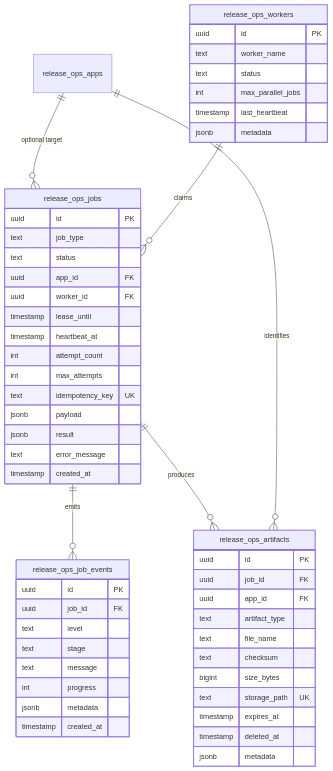
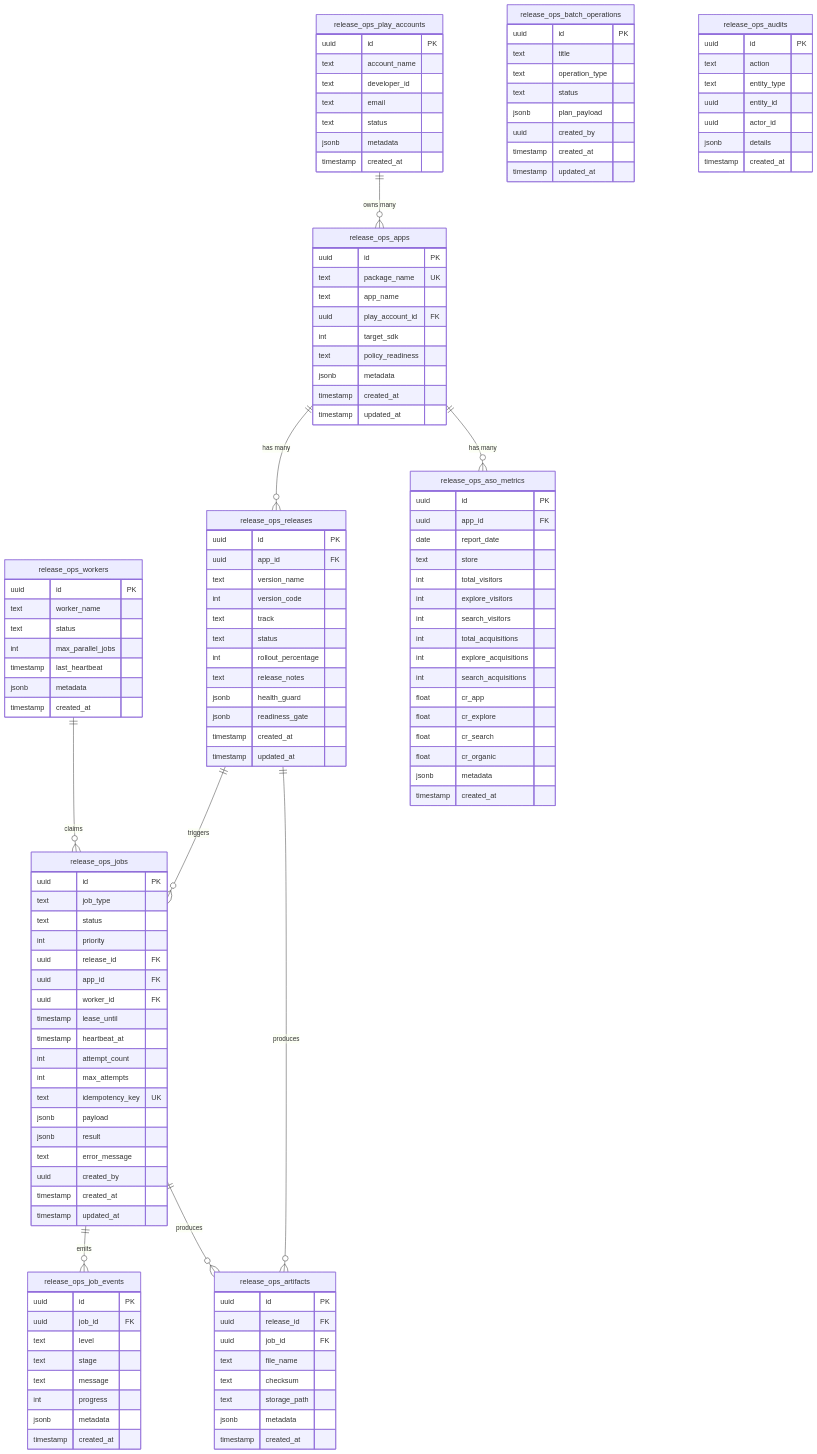
Before and after one commit to daclong120-del/app-relay: the sixth of 11 diagrams in ARCHITECTURE_MASTER.md, drawn with Mermaid. The commit also changed other lines of this file and 16 other files, not shown here.

````diff
--- a/ARCHITECTURE_MASTER.md
+++ b/ARCHITECTURE_MASTER.md
@@ -794,15 +678,48 @@
 ```mermaid
 erDiagram
-    release_ops_apps ||--o{ release_ops_jobs : "optional target"
-    release_ops_workers ||--o{ release_ops_jobs : "claims"
-    release_ops_jobs ||--o{ release_ops_job_events : "emits"
-    release_ops_jobs ||--o{ release_ops_artifacts : "produces"
-    release_ops_apps ||--o{ release_ops_artifacts : "identifies"
+    release_ops_apps {
+        uuid id PK
+        text package_name UK
+        text app_name
+        uuid play_account_id FK
+        int target_sdk
+        text policy_readiness
+        jsonb metadata
+        timestamp created_at
+        timestamp updated_at
+    }
+
+    release_ops_play_accounts {
+        uuid id PK
+        text account_name
+        text developer_id
+        text email
+        text status
+        jsonb metadata
+        timestamp created_at
+    }
+
+    release_ops_releases {
+        uuid id PK
+        uuid app_id FK
+        text version_name
+        int version_code
+        text track
+        text status
+        int rollout_percentage
+        text release_notes
+        jsonb health_guard
+        jsonb readiness_gate
+        timestamp created_at
+        timestamp updated_at
+    }
 
     release_ops_jobs {
         uuid id PK
         text job_type
         text status
+        int priority
+        uuid release_id FK
         uuid app_id FK
         uuid worker_id FK
         timestamp lease_until
@@ -813,7 +730,9 @@
         jsonb payload
         jsonb result
         text error_message
+        uuid created_by
         timestamp created_at
+        timestamp updated_at
     }
 
     release_ops_job_events {
@@ -834,19 +753,66 @@
         int max_parallel_jobs
         timestamp last_heartbeat
         jsonb metadata
+        timestamp created_at
     }
 
     release_ops_artifacts {
         uuid id PK
+        uuid release_id FK
         uuid job_id FK
-        uuid app_id FK
-        text artifact_type
         text file_name
         text checksum
-        bigint size_bytes
-        text storage_path UK
-        timestamp expires_at
-        timestamp deleted_at
+        text storage_path
         jsonb metadata
+        timestamp created_at
     }
+
+    release_ops_batch_operations {
+        uuid id PK
+        text title
+        text operation_type
+        text status
+        jsonb plan_payload
+        uuid created_by
+        timestamp created_at
+        timestamp updated_at
+    }
+
+    release_ops_aso_metrics {
+        uuid id PK
+        uuid app_id FK
+        date report_date
+        text store
+        int total_visitors
+        int explore_visitors
+        int search_visitors
+        int total_acquisitions
+        int explore_acquisitions
+        int search_acquisitions
+        float cr_app
+        float cr_explore
+        float cr_search
+        float cr_organic
+        jsonb metadata
+        timestamp created_at
+    }
+
+    release_ops_audits {
+        uuid id PK
+        text action
+        text entity_type
+        uuid entity_id
+        uuid actor_id
+        jsonb details
+        timestamp created_at
+    }
+
+    release_ops_play_accounts ||--o{ release_ops_apps : "owns many"
+    release_ops_apps ||--o{ release_ops_releases : "has many"
+    release_ops_apps ||--o{ release_ops_aso_metrics : "has many"
+    release_ops_releases ||--o{ release_ops_jobs : "triggers"
+    release_ops_releases ||--o{ release_ops_artifacts : "produces"
+    release_ops_jobs ||--o{ release_ops_job_events : "emits"
+    release_ops_jobs ||--o{ release_ops_artifacts : "produces"
+    release_ops_workers ||--o{ release_ops_jobs : "claims"
 ```
````
